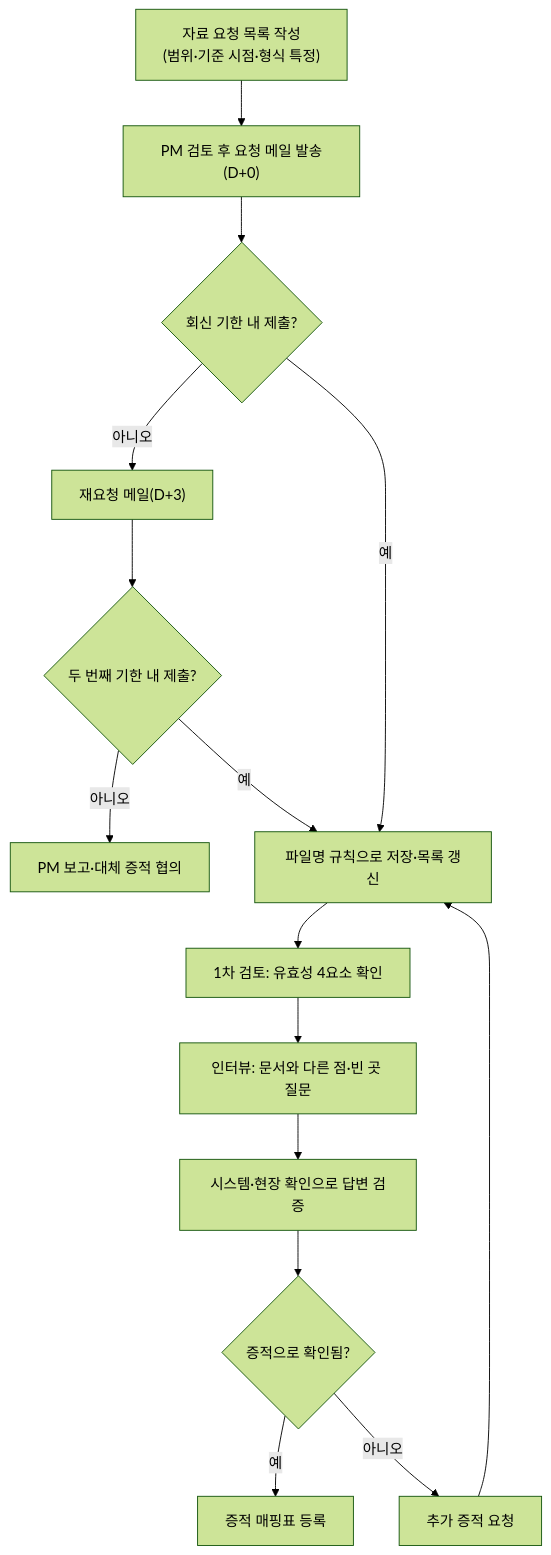
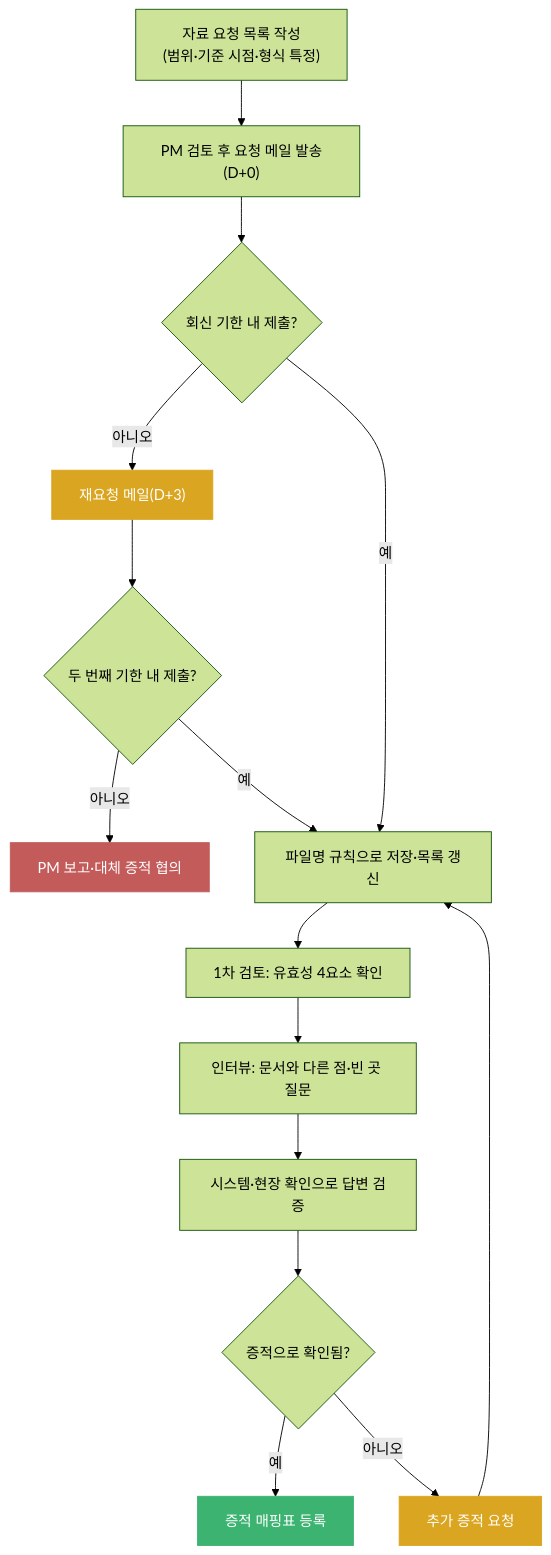
The second of 4 diagrams in 1_학습_챕터/1주차_컨설팅_기본기/02_자료요청과_인터뷰_증적관리.md (sinbearr/Advanced_PrivacyStudy), drawn with Mermaid (forest theme) before and after one commit. The commit also changed other lines of this file and 3 other files, not shown here.

````diff
--- a/1_학습_챕터/1주차_컨설팅_기본기/02_자료요청과_인터뷰_증적관리.md
+++ b/1_학습_챕터/1주차_컨설팅_기본기/02_자료요청과_인터뷰_증적관리.md
@@ -47,17 +83,23 @@
 ```mermaid
 flowchart TD
     A["자료 요청 목록 작성<br/>(범위·기준 시점·형식 특정)"] --> B["PM 검토 후 요청 메일 발송(D+0)"]
     B --> C{"회신 기한 내 제출?"}
     C -->|"아니오"| D["재요청 메일(D+3)"]
     D --> E{"두 번째 기한 내 제출?"}
     E -->|"아니오"| F["PM 보고·대체 증적 협의"]
     E -->|"예"| G
     C -->|"예"| G["파일명 규칙으로 저장·목록 갱신"]
     G --> H["1차 검토: 유효성 4요소 확인"]
     H --> I["인터뷰: 문서와 다른 점·빈 곳 질문"]
     I --> J["시스템·현장 확인으로 답변 검증"]
     J --> K{"증적으로 확인됨?"}
     K -->|"예"| L["증적 매핑표 등록"]
     K -->|"아니오"| M["추가 증적 요청"]
     M --> G
+    classDef warn fill:#daa520,stroke:#daa520,color:#fff
+    classDef danger fill:#c35b5b,stroke:#c35b5b,color:#fff
+    classDef safe fill:#3cb371,stroke:#3cb371,color:#fff
+    class D,M warn
+    class F danger
+    class L safe
 ```
````
